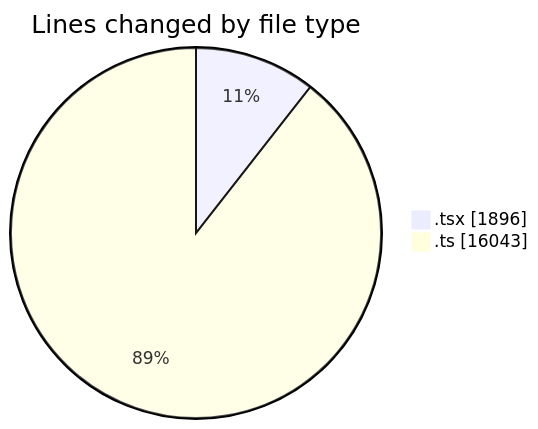
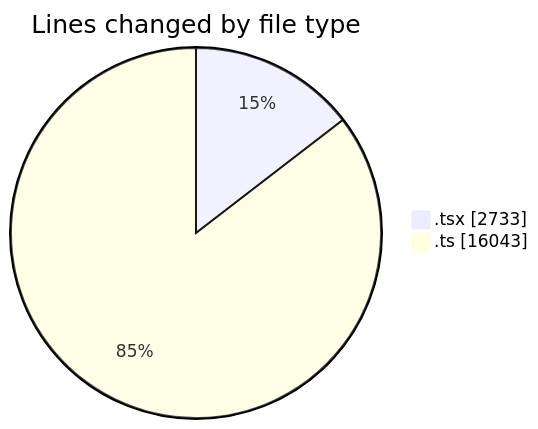
Before and after one commit to momahboobian/code-tracking: the first of 2 diagrams in 2025-07-07/cda/README.md, drawn with Mermaid. The commit also changed other lines of this file and 1 other file, not shown here.

````diff
--- a/2025-07-07/cda/README.md
+++ b/2025-07-07/cda/README.md
@@ -27,6 +28,6 @@
 ```mermaid
 pie showData
 title Lines changed by file type
-".tsx" : 1896
+".tsx" : 2733
 ".ts" : 16043
 ```
````
